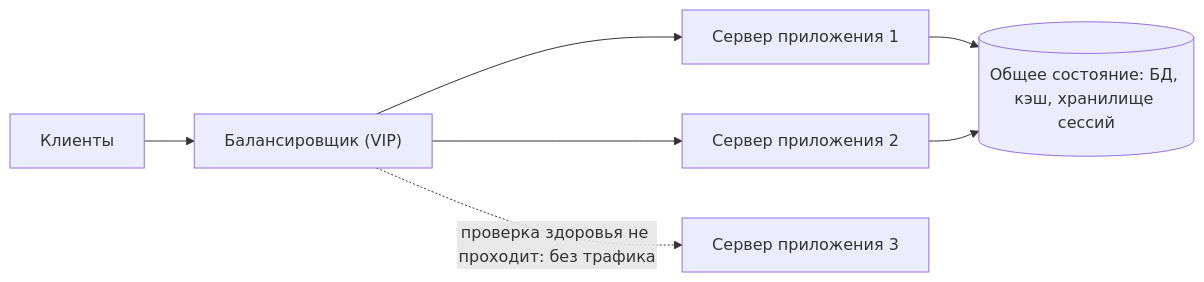
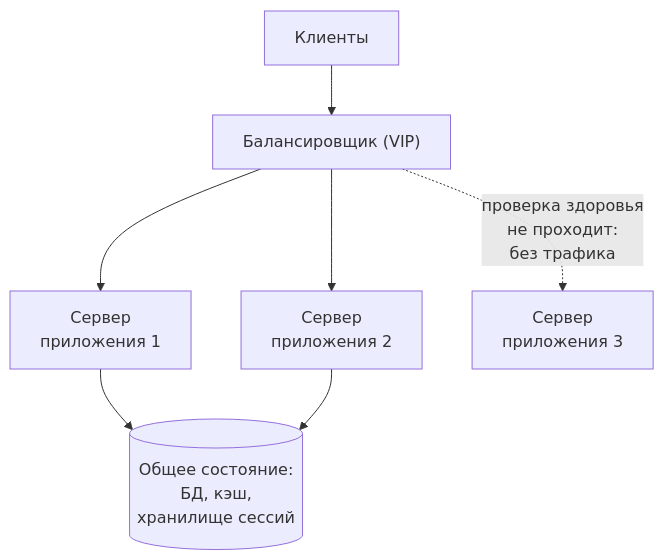
One commit to butyavk/system-design changed the diagram in src/content/docs/ru/traffic/load-balancers.mdx. Above: the diagram before and after it, drawn with Mermaid. The commit also changed other lines of this file and 144 other files, not shown here.

````diff
--- a/src/content/docs/ru/traffic/load-balancers.mdx
+++ b/src/content/docs/ru/traffic/load-balancers.mdx
@@ -21,8 +21,8 @@
 ```mermaid
-flowchart LR
+flowchart TB
   client["Клиенты"] --> vip["Балансировщик (VIP)"]
-  vip --> s1["Сервер приложения 1"]
-  vip --> s2["Сервер приложения 2"]
-  vip -.->|"проверка здоровья не проходит: без трафика"| s3["Сервер приложения 3"]
-  s1 & s2 --> store[("Общее состояние: БД, кэш, хранилище сессий")]
+  vip --> s1["Сервер<br/>приложения 1"]
+  vip --> s2["Сервер<br/>приложения 2"]
+  vip -.->|"проверка здоровья<br/>не проходит:<br/>без трафика"| s3["Сервер<br/>приложения 3"]
+  s1 & s2 --> store[("Общее состояние:<br/>БД, кэш,<br/>хранилище сессий")]
 ```
````
